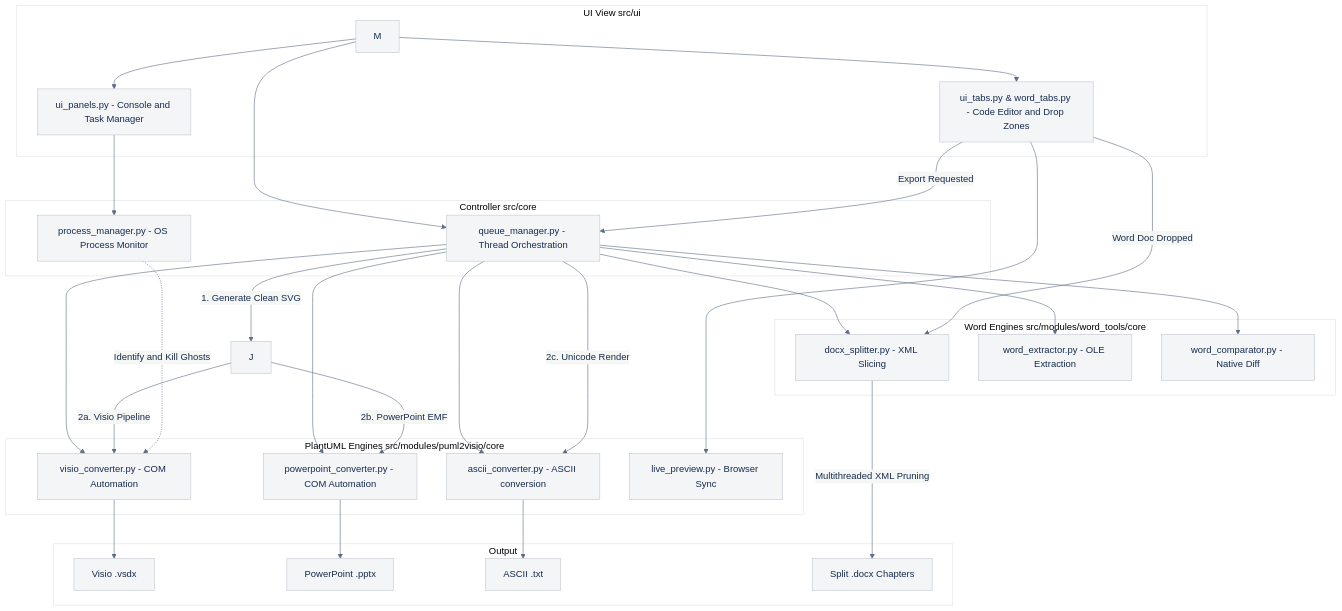
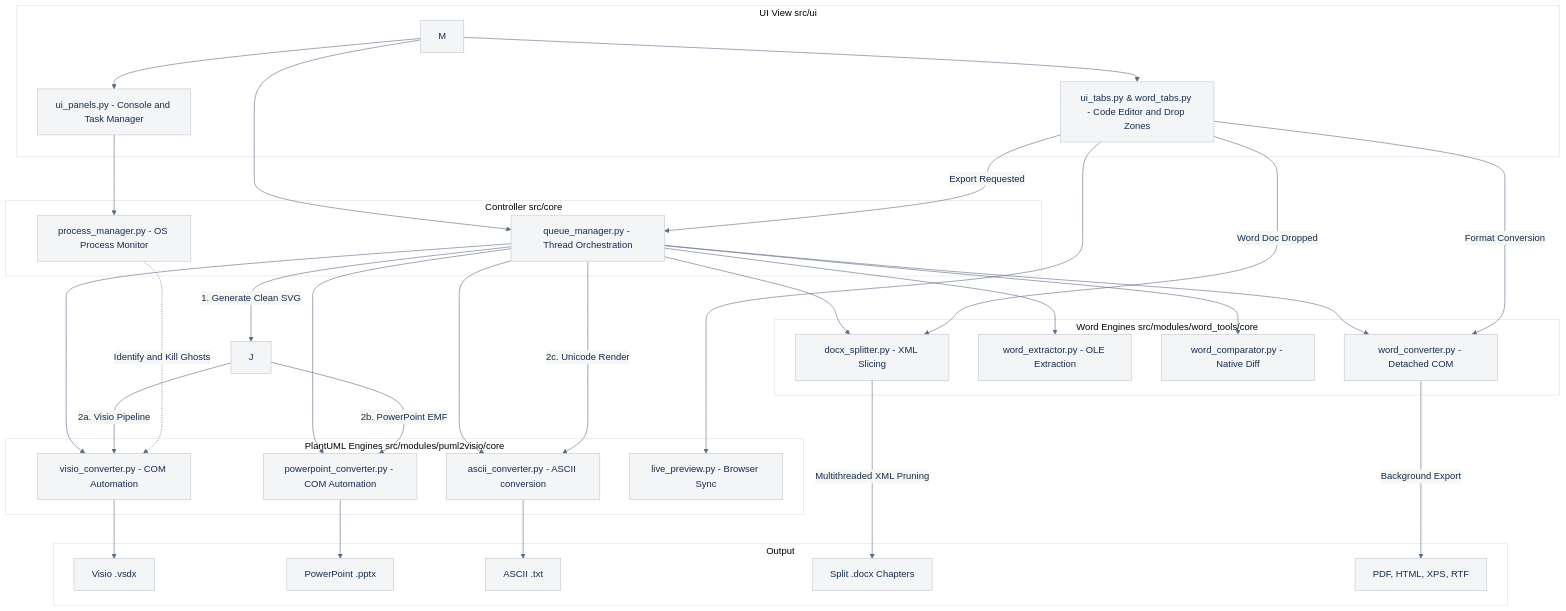
One commit to telekom/3gpp-meeting-tools changed the diagram in 3GPP Tools/README.md. Above: the diagram before and after it, drawn with Mermaid. The commit also changed other lines of this file and 5 other files, not shown here.

Commit message:
Word document conversion

````diff
--- a/3GPP Tools/README.md
+++ b/3GPP Tools/README.md
@@ -38,50 +39,55 @@
 ```mermaid
 %%{init: {"theme": "base", "themeVariables": { "primaryColor": "#f4f5f7", "primaryBorderColor": "#c1c7d0", "primaryTextColor": "#172b4d", "lineColor": "#5e6c84", "fontFamily": "Segoe UI, sans-serif", "clusterBkg": "#ffffff", "clusterBorder": "#dfe1e6" }}}%%
 graph TD
     subgraph view [UI View src/ui]
         M --> T[ui_tabs.py & word_tabs.py - Code Editor and Drop Zones]
         M --> P[ui_panels.py - Console and Task Manager]
     end
 
     subgraph controller [Controller src/core]
         M --> Q[queue_manager.py - Thread Orchestration]
         P --> PM[process_manager.py - OS Process Monitor]
     end
 
     subgraph model_puml [PlantUML Engines src/modules/puml2visio/core]
         Q --> V[visio_converter.py - COM Automation]
         Q --> A[ascii_converter.py - ASCII conversion]
         Q --> PPT[powerpoint_converter.py - COM Automation]
         T --> LP[live_preview.py - Browser Sync]
     end
 
     subgraph model_word [Word Engines src/modules/word_tools/core]
         Q --> DOCX[docx_splitter.py - XML Slicing]
         Q --> WEXT[word_extractor.py - OLE Extraction]
         Q --> WCMP[word_comparator.py - Native Diff]
+        Q --> WCONV[word_converter.py - Detached COM]
     end
 
     subgraph output_group [Output]
         OutV[Visio .vsdx]
         OutP[PowerPoint .pptx]
         OutA[ASCII .txt]
         OutW[Split .docx Chapters]
+        OutC[PDF, HTML, XPS, RTF]
     end
 
     T -->|Export Requested| Q
     Q -->|1. Generate Clean SVG| J
     
     J -->|2a. Visio Pipeline| V
     V --> OutV
 
     J -->|2b. PowerPoint EMF| PPT
     PPT --> OutP
     
     Q -->|2c. Unicode Render| A
     A --> OutA
     
     T -->|Word Doc Dropped| DOCX
     DOCX -->|Multithreaded XML Pruning| OutW
+
+    T -->|Format Conversion| WCONV
+    WCONV -->|Background Export| OutC
     
     PM -.->|Identify and Kill Ghosts| V
 ```
````
